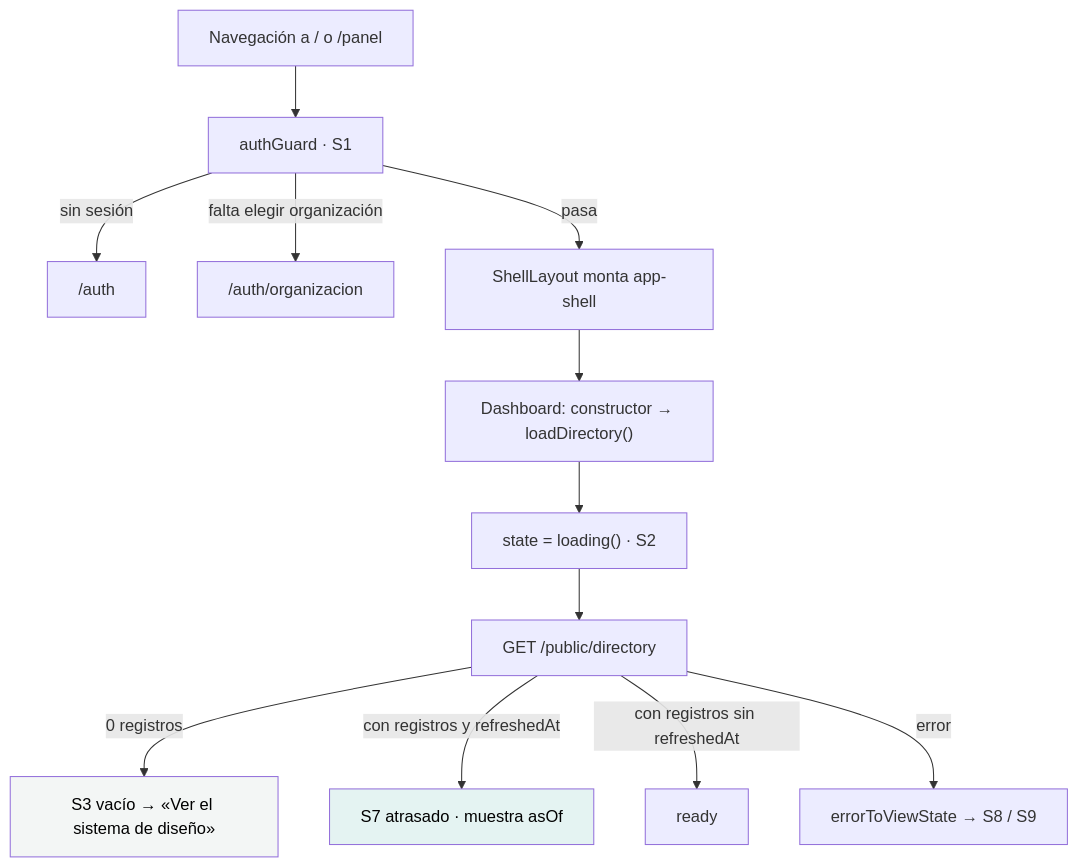
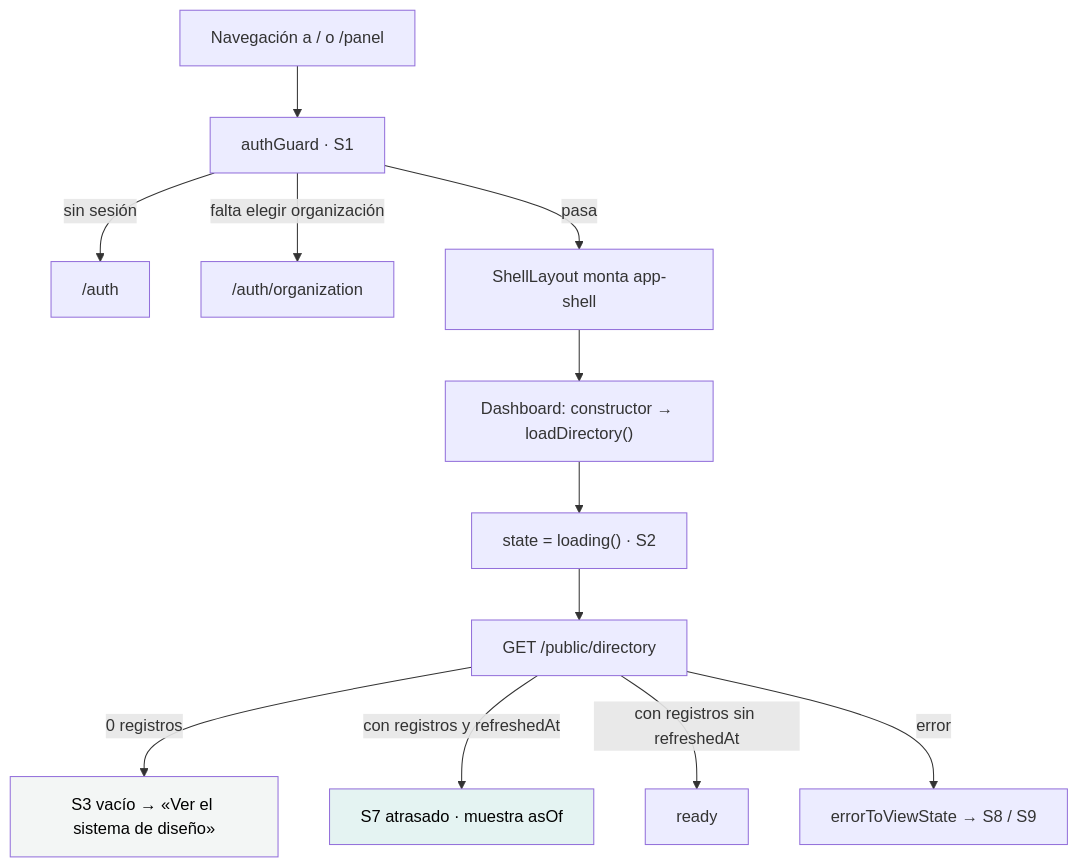
The diagram in docs/routes/dashboard.md (mdavila-2001/mantra-core-health), drawn with Mermaid before and after one commit. The commit also changed other lines of this file and 234 other files, not shown here.

````diff
--- a/docs/routes/dashboard.md
+++ b/docs/routes/dashboard.md
@@ -60,17 +60,17 @@
 ```mermaid
 graph TD
   A["Navegación a / o /panel"] --> B["authGuard · S1"]
   B -->|sin sesión| L["/auth"]
-  B -->|falta elegir organización| O["/auth/organizacion"]
+  B -->|falta elegir organización| O["/auth/organization"]
   B -->|pasa| C["ShellLayout monta app-shell"]
   C --> D["Dashboard: constructor → loadDirectory()"]
   D --> E["state = loading() · S2"]
   E --> F["GET /public/directory"]
   F -->|"0 registros"| G["S3 vacío → «Ver el sistema de diseño»"]
   F -->|"con registros y refreshedAt"| H["S7 atrasado · muestra asOf"]
   F -->|"con registros sin refreshedAt"| I["ready"]
   F -->|error| J["errorToViewState → S8 / S9"]
 
   style G fill:#F3F6F5,color:#000
   style H fill:#E4F3F2,color:#000
 ```
````
